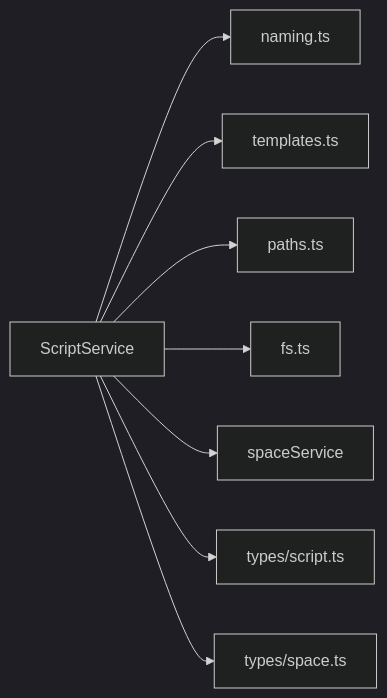
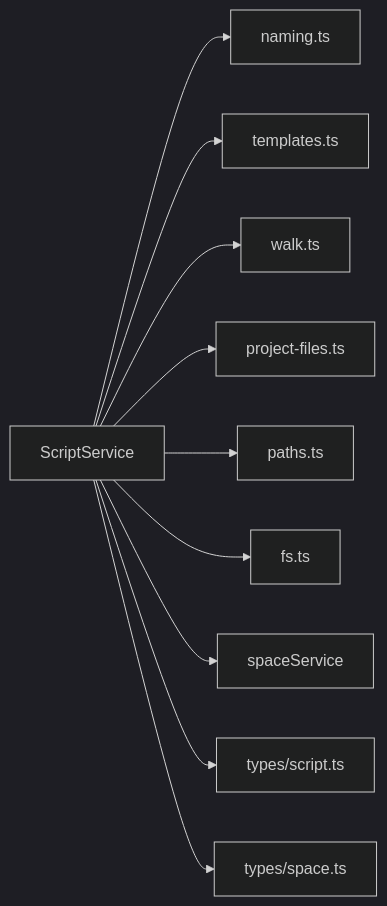
One commit to hozeeee/script-box changed the tenth of 10 diagrams in .qoder/repowiki/zh/content/核心服务层/Script 服务（脚本管理）.md. Above: the diagram before and after it, drawn with Mermaid (dark theme). The commit also changed other lines of this file and 76 other files, not shown here.

````diff
--- a/.qoder/repowiki/zh/content/核心服务层/Script 服务（脚本管理）.md
+++ b/.qoder/repowiki/zh/content/核心服务层/Script 服务（脚本管理）.md
@@ -280,10 +356,12 @@
 ```mermaid
 graph LR
 SVC["ScriptService"] --> NAM["naming.ts"]
 SVC --> TPL["templates.ts"]
+SVC --> WALK["walk.ts"]
+SVC --> PF["project-files.ts"]
 SVC --> PATHS["paths.ts"]
 SVC --> FS["fs.ts"]
 SVC --> SPACE["spaceService"]
 SVC --> TYPES_S["types/script.ts"]
 SVC --> TYPES_SP["types/space.ts"]
 ```
````
